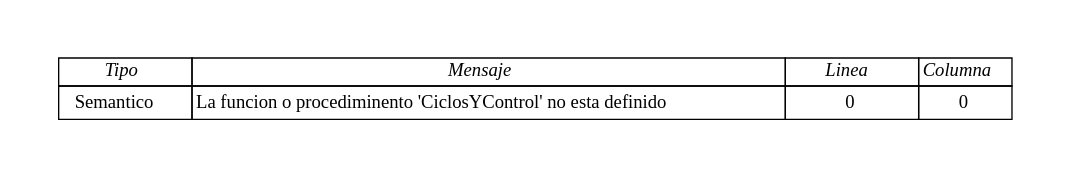
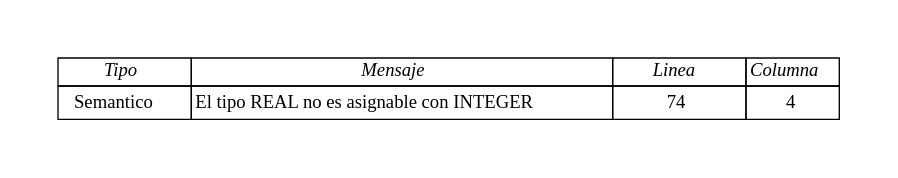
The diagram in bin/Debug/netcoreapp3.1/error_semantico_.dot (elJuanjoRamos/-OLC2-Compi-Pascal-), drawn with Graphviz before and after one commit. The commit also changed 24 other files, not shown here.

```diff
--- a/bin/Debug/netcoreapp3.1/error_semantico_.dot
+++ b/bin/Debug/netcoreapp3.1/error_semantico_.dot
@@ -1,17 +1,17 @@
 digraph G{
 graph [pad="0.5", nodesep="0.5", ranksep="2"]
 node[shape = plain]
 rankdir = LR;
 Baz [label=<
 <table border="0" cellborder="1" cellspacing="0"><tr>
 <td width='100'><i>Tipo</i></td>
 <td width='100'><i>Mensaje</i></td>
 <td width='100'><i>Linea</i></td>
 <td><i width='100'>Columna</i></td> </tr>
 <tr>
 <td height='25'>Semantico</td>
-<td height='25'>La funcion o procediminento 'CiclosYControl' no esta definido</td>
-<td height='25'>0</td>
-<td height='25'>0</td>
+<td height='25'>El tipo REAL no es asignable con INTEGER</td>
+<td height='25'>74</td>
+<td height='25'>4</td>
 </tr>
 </table>>];}
```
